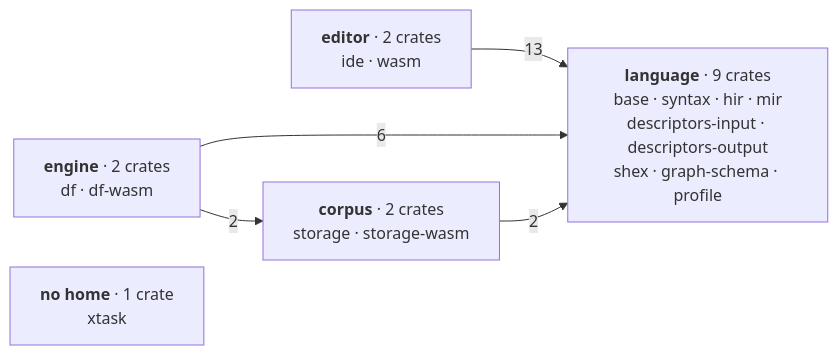
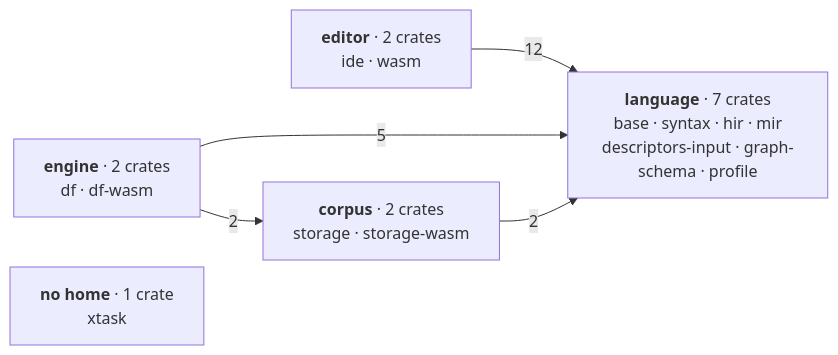
Before and after one commit to Kanzo-Tech/fossil-lang: the diagram in docs/content/docs/(root)/architecture.mdx, drawn with Mermaid. The commit also changed other lines of this file and 57 other files, not shown here.

First line of the commit message:
The fold's edits: imports, manifests, GraphSchema, and the pages

````diff
--- a/docs/content/docs/(root)/architecture.mdx
+++ b/docs/content/docs/(root)/architecture.mdx
@@ -92,13 +92,13 @@
 ```mermaid
 graph LR
-  L["<b>language</b> · 9 crates<br/>base · syntax · hir · mir<br/>descriptors-input · descriptors-output<br/>shex · graph-schema · profile"]
+  L["<b>language</b> · 7 crates<br/>base · syntax · hir · mir<br/>descriptors-input · graph-schema · profile"]
   E["<b>editor</b> · 2 crates<br/>ide · wasm"]
   M["<b>engine</b> · 2 crates<br/>df · df-wasm"]
   C["<b>corpus</b> · 2 crates<br/>storage · storage-wasm"]
   X["<b>no home</b> · 1 crate<br/>xtask"]
 
-  E -->|13| L
-  M -->|6| L
+  E -->|12| L
+  M -->|5| L
   M -->|2| C
   C -->|2| L
 ```
````
